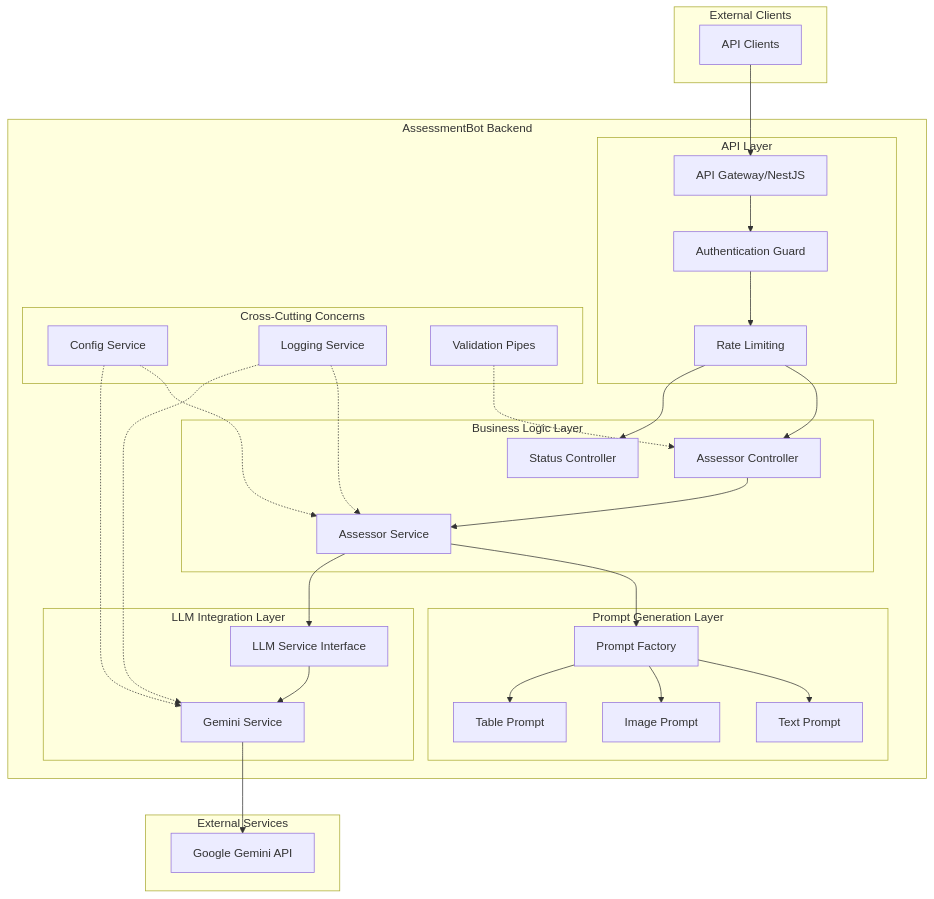
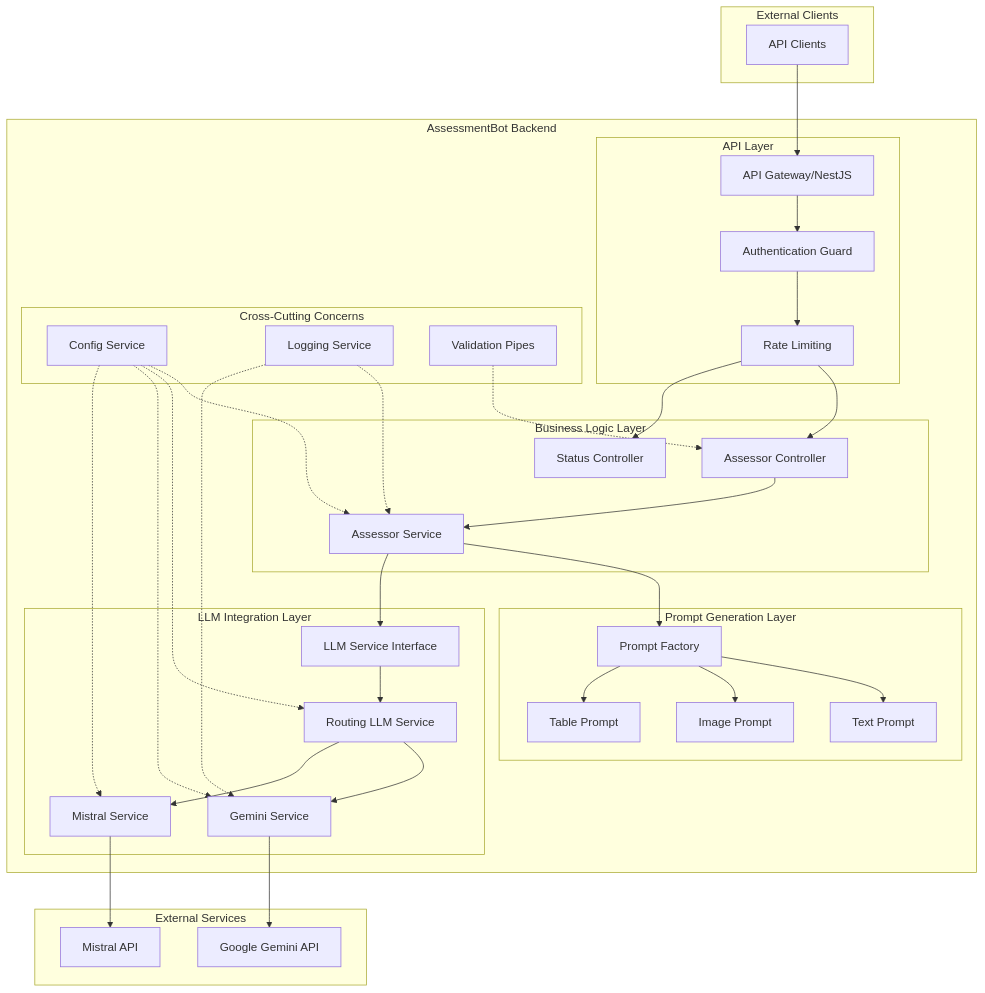
Before and after one commit to h-arnold/AssessmentBot-LLM-Service: the first of 2 diagrams in docs/architecture/overview.md, drawn with Mermaid. The commit also changed other lines of this file and 20 other files, not shown here.

````diff
--- a/docs/architecture/overview.md
+++ b/docs/architecture/overview.md
@@ -7,62 +7,70 @@
 ```mermaid
 graph TB
     subgraph "External Clients"
         C[API Clients]
     end
 
     subgraph "AssessmentBot Backend"
         subgraph "API Layer"
             GW[API Gateway/NestJS]
             AUTH[Authentication Guard]
             THROTTLE[Rate Limiting]
         end
 
         subgraph "Business Logic Layer"
             AC[Assessor Controller]
             AS[Assessor Service]
             SC[Status Controller]
         end
 
         subgraph "Prompt Generation Layer"
             PF[Prompt Factory]
             TP[Text Prompt]
             IP[Image Prompt]
             TAP[Table Prompt]
         end
 
         subgraph "LLM Integration Layer"
             LLMS[LLM Service Interface]
+            ROUTER[Routing LLM Service]
             GS[Gemini Service]
+            MS[Mistral Service]
         end
 
         subgraph "Cross-Cutting Concerns"
             CONFIG[Config Service]
             LOG[Logging Service]
             VALID[Validation Pipes]
         end
     end
 
     subgraph "External Services"
         GEMINI[Google Gemini API]
+        MISTRAL[Mistral API]
     end
 
     C --> GW
     GW --> AUTH
     AUTH --> THROTTLE
     THROTTLE --> AC
     THROTTLE --> SC
     AC --> AS
     AS --> PF
     PF --> TP
     PF --> IP
     PF --> TAP
     AS --> LLMS
-    LLMS --> GS
+    LLMS --> ROUTER
+    ROUTER --> GS
+    ROUTER --> MS
     GS --> GEMINI
+    MS --> MISTRAL
 
     CONFIG -.-> AS
+    CONFIG -.-> ROUTER
     CONFIG -.-> GS
+    CONFIG -.-> MS
     LOG -.-> AS
     LOG -.-> GS
     VALID -.-> AC
 ```
````
